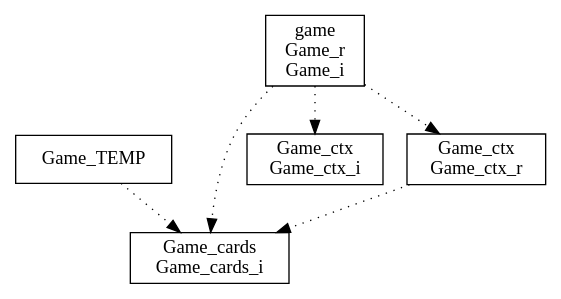
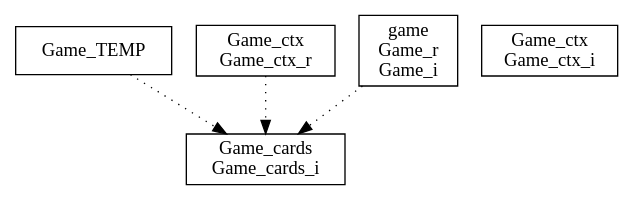
The diagram in bdp/game21.dot (NalbertLeal/game-21-b-method), drawn with Graphviz before and after one commit. The commit also changed 44 other files, not shown here.

```diff
--- a/bdp/game21.dot
+++ b/bdp/game21.dot
@@ -1,13 +1,11 @@
 digraph {
 Game_TEMP [ label=" Game_TEMP " shape= box ]
 Game_cards_i [ label=" Game_cards\nGame_cards_i " shape= box ]
 Game_ctx_i [ label=" Game_ctx\nGame_ctx_i " shape= box ]
 Game_ctx_r [ label=" Game_ctx\nGame_ctx_r " shape= box ]
 Game_i [ label=" game\nGame_r\nGame_i " shape= box ]
 
 "Game_TEMP" -> "Game_cards_i" [style= dotted ]
 "Game_ctx_r" -> "Game_cards_i" [style= dotted ]
-"Game_i" -> "Game_ctx_i" [style= dotted ]
-"Game_i" -> "Game_ctx_r" [style= dotted ]
 "Game_i" -> "Game_cards_i" [style= dotted ]
 }
```
